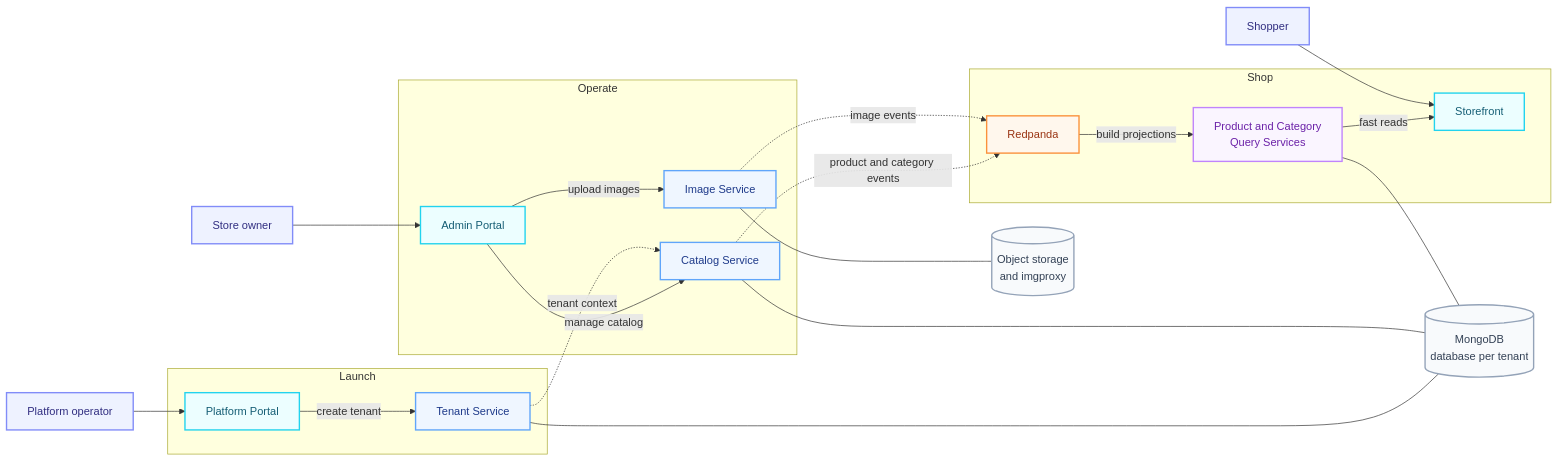
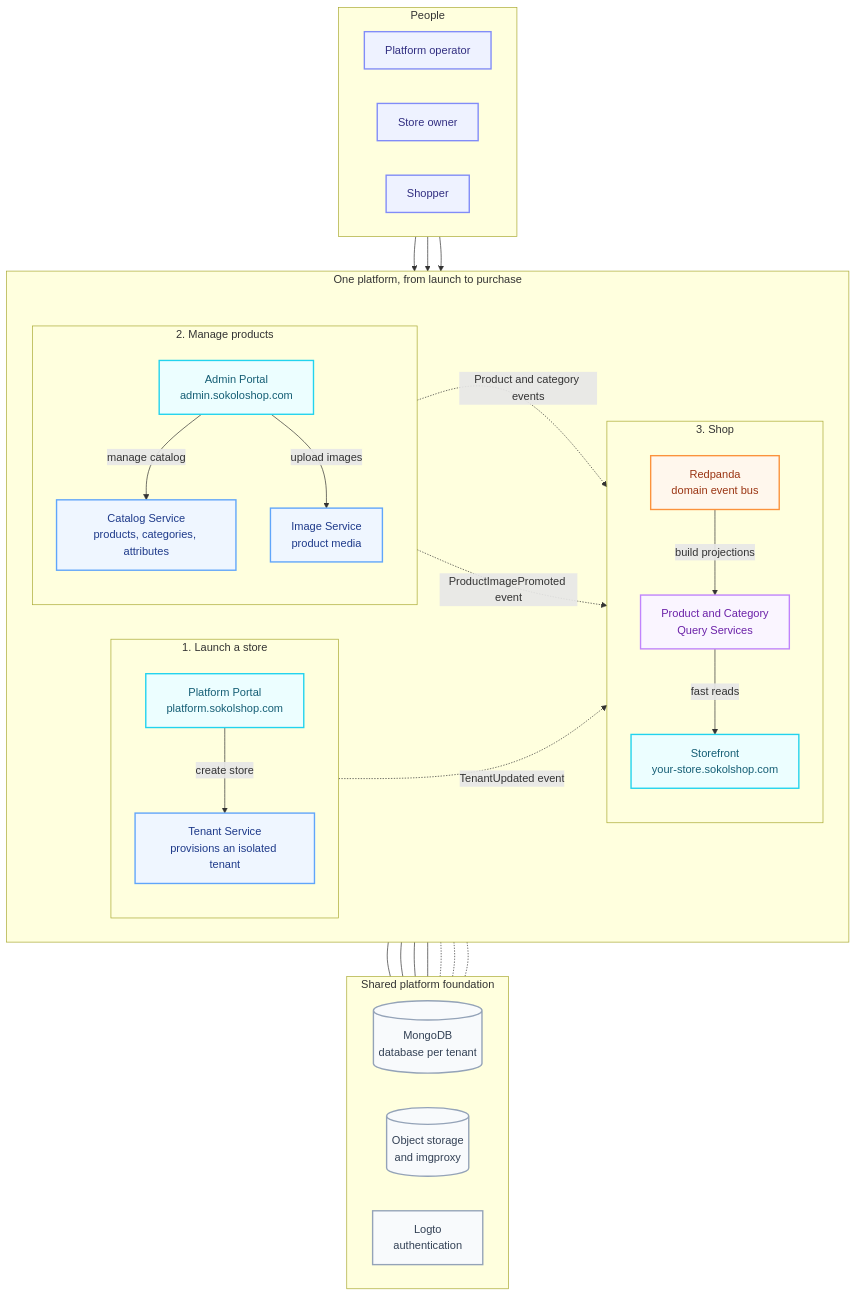
One commit to Sokol111/ecommerce-workspace changed the diagram in docs/architecture/options/platform-overview-lifecycle.md. Above: the diagram before and after it, drawn with Mermaid.

````diff
--- a/docs/architecture/options/platform-overview-lifecycle.md
+++ b/docs/architecture/options/platform-overview-lifecycle.md
@@ -6,49 +6,67 @@
 ```mermaid
-flowchart LR
+flowchart TB
     classDef actor fill:#eef2ff,color:#312e81,stroke:#818cf8,stroke-width:2px
     classDef ui fill:#ecfeff,color:#155e75,stroke:#22d3ee,stroke-width:2px
     classDef service fill:#eff6ff,color:#1e3a8a,stroke:#60a5fa,stroke-width:2px
     classDef event fill:#fff7ed,color:#9a3412,stroke:#fb923c,stroke-width:2px
     classDef query fill:#faf5ff,color:#6b21a8,stroke:#c084fc,stroke-width:2px
     classDef data fill:#f8fafc,color:#334155,stroke:#94a3b8,stroke-width:2px
 
-    platformOperator[Platform operator]:::actor
-    merchant[Store owner]:::actor
-    shopper[Shopper]:::actor
-
-    subgraph launch[Launch]
-        platformPortal[Platform Portal]:::ui
-        tenant[Tenant Service]:::service
-        platformPortal -->|create tenant| tenant
+    subgraph people[People]
+        direction LR
+        platformOperator[Platform operator]:::actor
+        merchant[Store owner]:::actor
+        shopper[Shopper]:::actor
     end
 
-    subgraph operate[Operate]
-        admin[Admin Portal]:::ui
-        catalog[Catalog Service]:::service
-        images[Image Service]:::service
-        admin -->|manage catalog| catalog
-        admin -->|upload images| images
-    end
+    subgraph lifecycle[One platform, from launch to purchase]
+        direction LR
 
-    subgraph shop[Shop]
-        broker[Redpanda]:::event
-        readModels[Product and Category<br/>Query Services]:::query
-        storefront[Storefront]:::ui
-        broker -->|build projections| readModels -->|fast reads| storefront
+        subgraph launch[1. Launch a store]
+            direction TB
+            platformPortal[Platform Portal<br/>platform.sokolshop.com]:::ui
+            tenant[Tenant Service<br/>provisions an isolated tenant]:::service
+            platformPortal -->|create store| tenant
+        end
+
+        subgraph operate[2. Manage products]
+            direction TB
+            admin[Admin Portal<br/>admin.sokoloshop.com]:::ui
+            catalog[Catalog Service<br/>products, categories, attributes]:::service
+            images[Image Service<br/>product media]:::service
+            admin -->|manage catalog| catalog
+            admin -->|upload images| images
+        end
+
+        subgraph shop[3. Shop]
+            direction TB
+            broker[Redpanda<br/>domain event bus]:::event
+            readModels[Product and Category<br/>Query Services]:::query
+            storefront[Storefront<br/>your-store.sokolshop.com]:::ui
+            broker -->|build projections| readModels -->|fast reads| storefront
+        end
     end
 
     platformOperator --> platformPortal
     merchant --> admin
     shopper --> storefront
 
-    tenant -. tenant context .-> catalog
-    catalog -. product and category events .-> broker
-    images -. image events .-> broker
+    tenant -. TenantUpdated event .-> broker
+    catalog -. Product and category events .-> broker
+    images -. ProductImagePromoted event .-> broker
 
-    database[(MongoDB<br/>database per tenant)]:::data
-    storage[(Object storage<br/>and imgproxy)]:::data
+    subgraph foundation[Shared platform foundation]
+        direction LR
+        database[(MongoDB<br/>database per tenant)]:::data
+        storage[(Object storage<br/>and imgproxy)]:::data
+        identity[Logto<br/>authentication]:::data
+    end
+
     tenant --- database
     catalog --- database
     readModels --- database
     images --- storage
+    platformPortal -.- identity
+    admin -.- identity
+    storefront -.- identity
 ```
````
